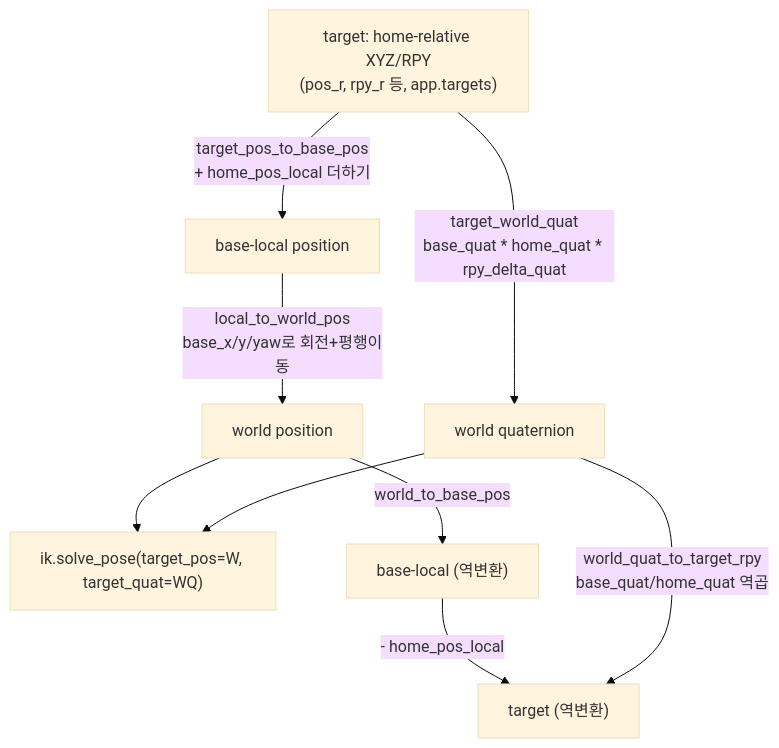
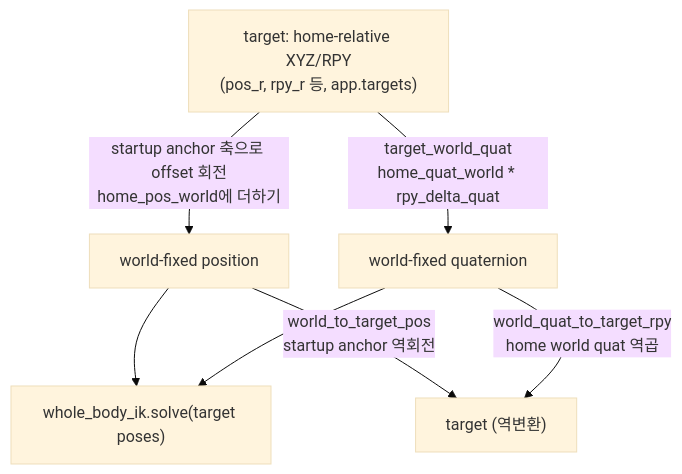
The eighth of 8 diagrams in docs/guide/ros2-guide.md (ggh-png/ffw-sh5-grasp), drawn with Mermaid (base theme) before and after one commit. The commit also changed other lines of this file and 20 other files, not shown here.

Commit message:
Add ROS-free whole-body IK and stabilize mobile control

````diff
--- a/docs/guide/ros2-guide.md
+++ b/docs/guide/ros2-guide.md
@@ -1308,12 +1382,10 @@
 ```mermaid
 flowchart TD
-    T["target: home-relative XYZ/RPY<br>(pos_r, rpy_r 등, app.targets)"] -->|"target_pos_to_base_pos<br>+ home_pos_local 더하기"| BL["base-local position"]
-    BL -->|"local_to_world_pos<br>base_x/y/yaw로 회전+평행이동"| W["world position"]
-    T -->|"target_world_quat<br>base_quat * home_quat * rpy_delta_quat"| WQ["world quaternion"]
-    W --> IK["ik.solve_pose(target_pos=W, target_quat=WQ)"]
+    T["target: home-relative XYZ/RPY<br>(pos_r, rpy_r 등, app.targets)"] -->|"startup anchor 축으로 offset 회전<br>home_pos_world에 더하기"| W["world-fixed position"]
+    T -->|"target_world_quat<br>home_quat_world * rpy_delta_quat"| WQ["world-fixed quaternion"]
+    W --> IK["whole_body_ik.solve(target poses)"]
     WQ --> IK
 
-    W -->|"world_to_base_pos"| BL2["base-local (역변환)"]
-    BL2 -->|"- home_pos_local"| T2["target (역변환)"]
-    WQ -->|"world_quat_to_target_rpy<br>base_quat/home_quat 역곱"| T2
+    W -->|"world_to_target_pos<br>startup anchor 역회전"| T2["target (역변환)"]
+    WQ -->|"world_quat_to_target_rpy<br>home world quat 역곱"| T2
 ```
````
